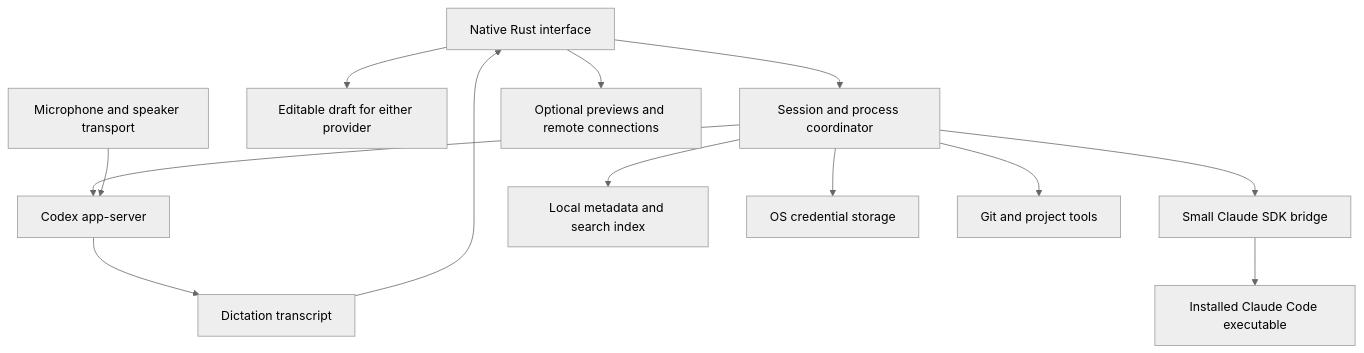
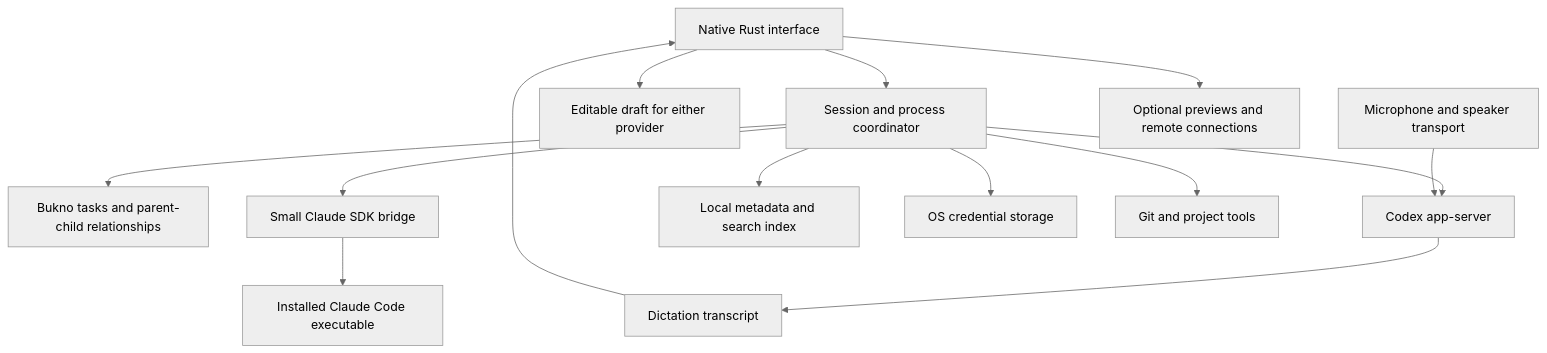
The diagram in docs/feature-map.md (rasmusdriving/bukno), drawn with Mermaid (neutral theme) before and after one commit. The commit also changed other lines of this file and 10 other files, not shown here.

````diff
--- a/docs/feature-map.md
+++ b/docs/feature-map.md
@@ -11,15 +11,16 @@
 ```mermaid
 flowchart TD
     UI[Native Rust interface] --> Coordinator[Session and process coordinator]
+    Coordinator --> Tasks[Bukno tasks and parent-child relationships]
     Coordinator --> Codex[Codex app-server]
     Coordinator --> Bridge[Small Claude SDK bridge]
     Bridge --> Claude[Installed Claude Code executable]
     Codex --> Dictation[Dictation transcript]
     Dictation --> UI
     UI --> Draft[Editable draft for either provider]
     Audio[Microphone and speaker transport] --> Codex
     Coordinator --> Store[Local metadata and search index]
     Coordinator --> Credentials[OS credential storage]
     Coordinator --> Git[Git and project tools]
     UI --> Optional[Optional previews and remote connections]
 ```
````
